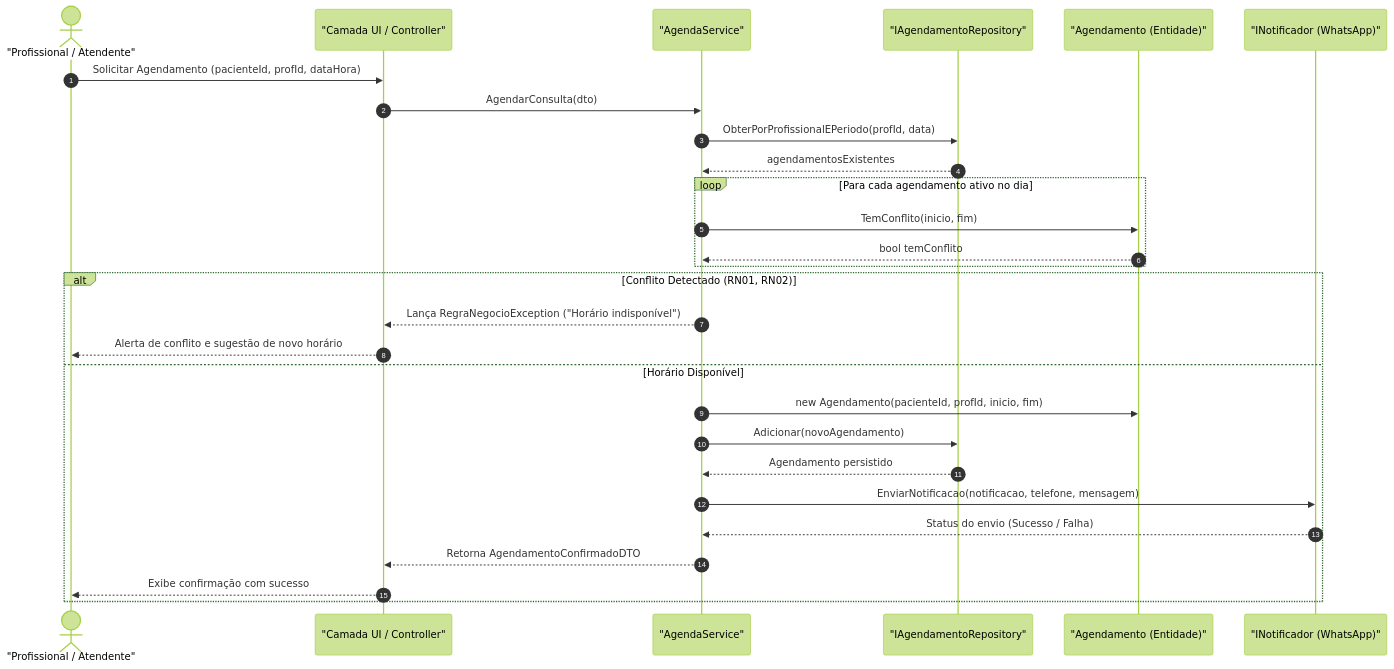
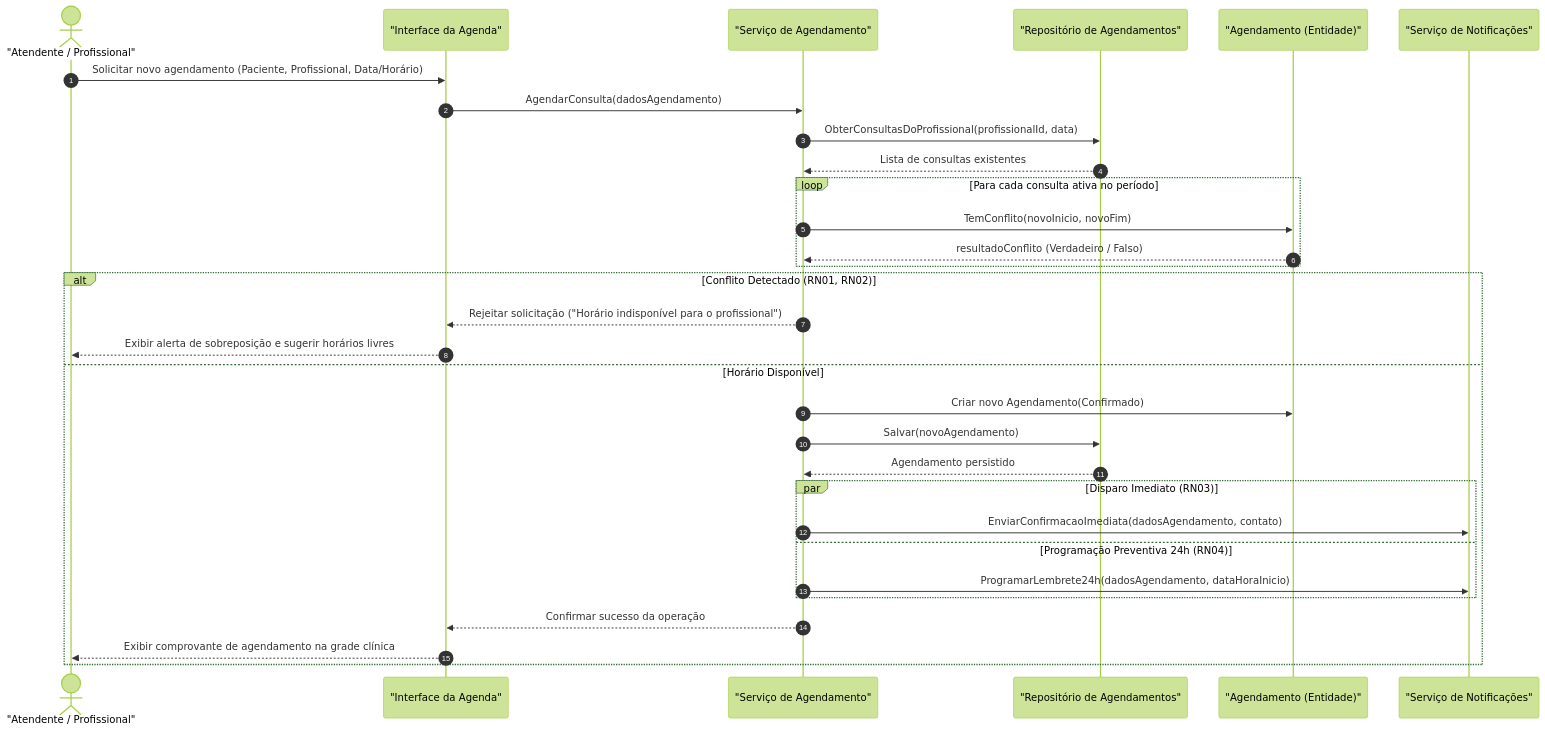
The third of 8 diagrams in docs/design/SDD_Software_Design_Document.md (Davi-Felinto/Sistema-de-Agendamento-e-Pronturio-para-Clinicas-Pequenas), drawn with Mermaid (forest theme) before and after one commit. The commit also changed other lines of this file and 13 other files, not shown here.

First line of the commit message:
feat: transicao para piloto comercial com registro, feedback, gestao de dados e validacao agent-browser

````diff
--- a/docs/design/SDD_Software_Design_Document.md
+++ b/docs/design/SDD_Software_Design_Document.md
@@ -279,35 +257,38 @@
 ```mermaid
 sequenceDiagram
     autonumber
-    actor Atend as "Profissional / Atendente"
-    participant UI as "Camada UI / Controller"
-    participant Serv as "AgendaService"
-    participant Repo as "IAgendamentoRepository"
-    participant Model as "Agendamento (Entidade)"
-    participant Notif as "INotificador (WhatsApp)"
+    actor Operador as "Atendente / Profissional"
+    participant Interf as "Interface da Agenda"
+    participant ServAgenda as "Serviço de Agendamento"
+    participant RepoAgenda as "Repositório de Agendamentos"
+    participant Entidade as "Agendamento (Entidade)"
+    participant ServMensag as "Serviço de Notificações"
 
-    Atend->>UI: Solicitar Agendamento (pacienteId, profId, dataHora)
-    UI->>Serv: AgendarConsulta(dto)
-    Serv->>Repo: ObterPorProfissionalEPeriodo(profId, data)
-    Repo-->>Serv: agendamentosExistentes
+    Operador->>Interf: Solicitar novo agendamento (Paciente, Profissional, Data/Horário)
+    Interf->>ServAgenda: AgendarConsulta(dadosAgendamento)
+    ServAgenda->>RepoAgenda: ObterConsultasDoProfissional(profissionalId, data)
+    RepoAgenda-->>ServAgenda: Lista de consultas existentes
 
-    loop Para cada agendamento ativo no dia
-        Serv->>Model: TemConflito(inicio, fim)
-        Model-->>Serv: bool temConflito
+    loop Para cada consulta ativa no período
+        ServAgenda->>Entidade: TemConflito(novoInicio, novoFim)
+        Entidade-->>ServAgenda: resultadoConflito (Verdadeiro / Falso)
     end
 
     alt Conflito Detectado (RN01, RN02)
-        Serv-->>UI: Lança RegraNegocioException ("Horário indisponível")
-        UI-->>Atend: Alerta de conflito e sugestão de novo horário
+        ServAgenda-->>Interf: Rejeitar solicitação ("Horário indisponível para o profissional")
+        Interf-->>Operador: Exibir alerta de sobreposição e sugerir horários livres
     else Horário Disponível
-        Serv->>Model: new Agendamento(pacienteId, profId, inicio, fim)
-        Serv->>Repo: Adicionar(novoAgendamento)
-        Repo-->>Serv: Agendamento persistido
+        ServAgenda->>Entidade: Criar novo Agendamento(Confirmado)
+        ServAgenda->>RepoAgenda: Salvar(novoAgendamento)
+        RepoAgenda-->>ServAgenda: Agendamento persistido
 
-        Serv->>Notif: EnviarNotificacao(notificacao, telefone, mensagem)
-        Notif-->>Serv: Status do envio (Sucesso / Falha)
+        par Disparo Imediato (RN03)
+            ServAgenda->>ServMensag: EnviarConfirmacaoImediata(dadosAgendamento, contato)
+        and Programação Preventiva 24h (RN04)
+            ServAgenda->>ServMensag: ProgramarLembrete24h(dadosAgendamento, dataHoraInicio)
+        end
 
-        Serv-->>UI: Retorna AgendamentoConfirmadoDTO
-        UI-->>Atend: Exibe confirmação com sucesso
+        ServAgenda-->>Interf: Confirmar sucesso da operação
+        Interf-->>Operador: Exibir comprovante de agendamento na grade clínica
     end
 ```
````
